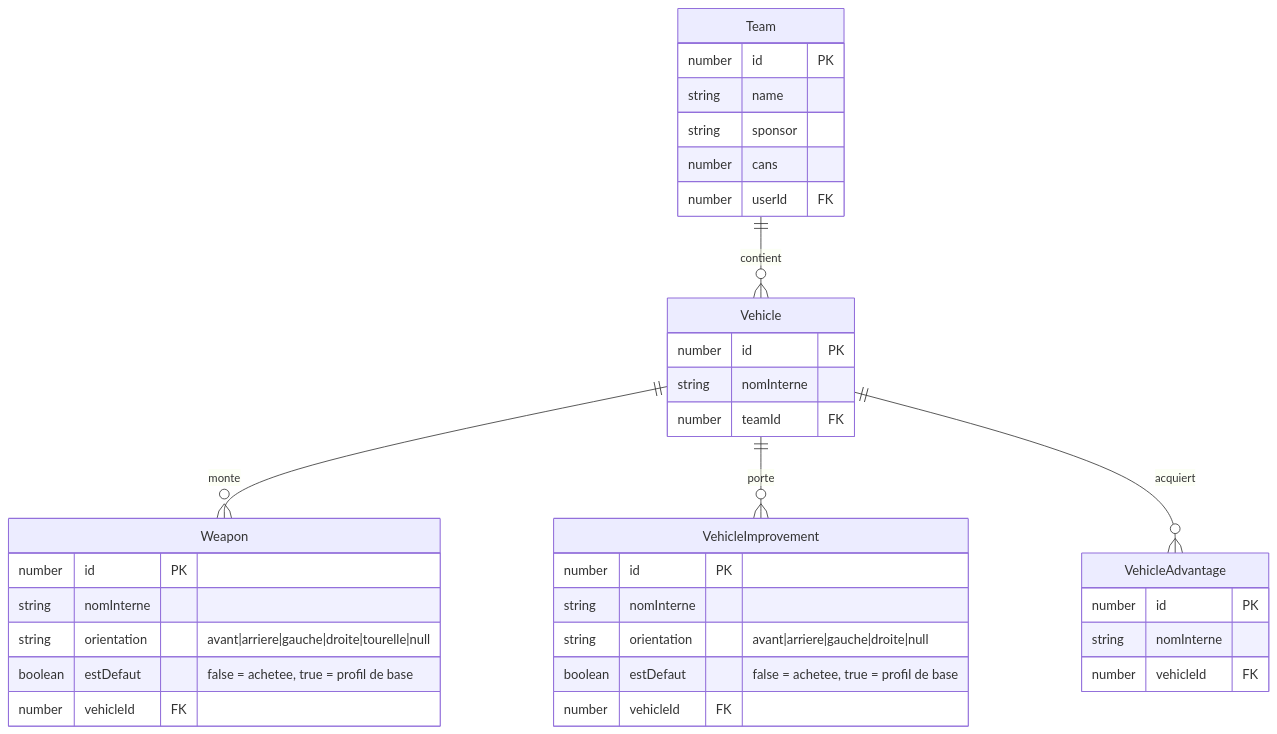
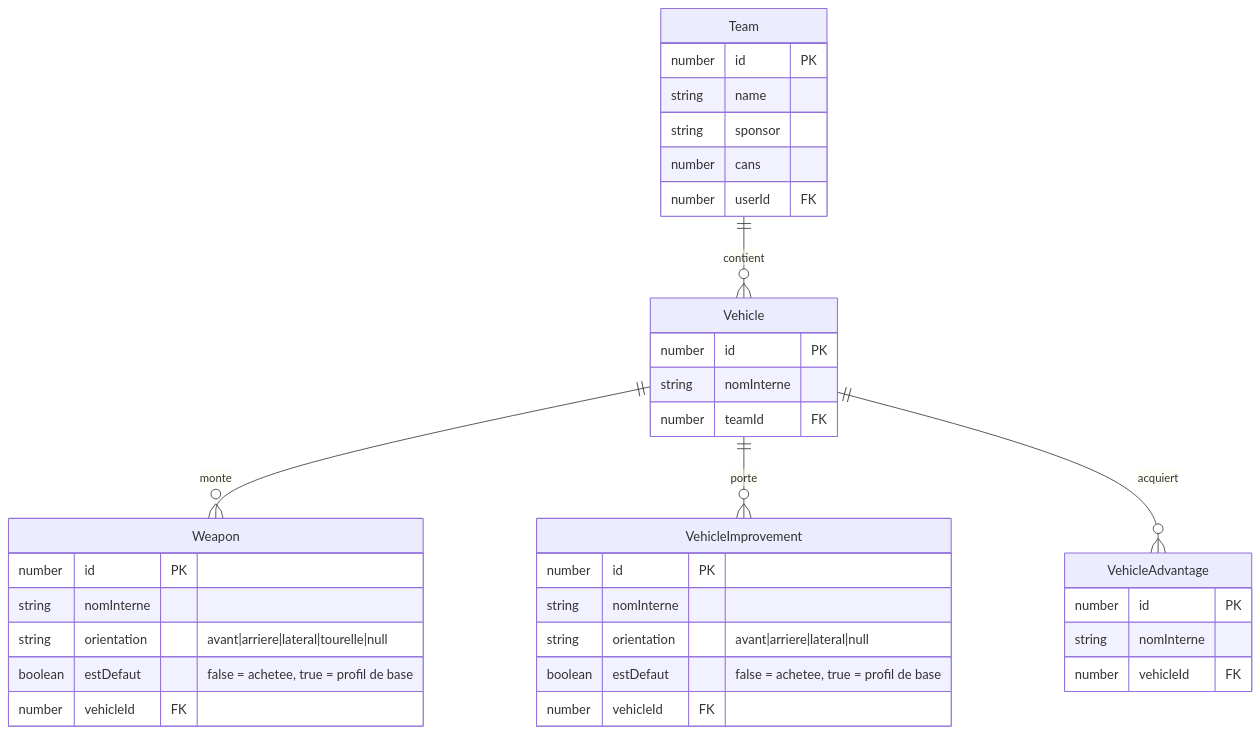
One commit to arnaudbracchetti/gaslands-manager changed the first of 7 diagrams in docs/VEHICLE_SYSTEM.md. Above: the diagram before and after it, drawn with Mermaid. The commit also changed other lines of this file and 16 other files, not shown here.

First line of the commit message:
refactor(vehicles): fusionne les orientations gauche/droite en une seule valeur latérale

````diff
--- a/docs/VEHICLE_SYSTEM.md
+++ b/docs/VEHICLE_SYSTEM.md
@@ -45,43 +45,43 @@
 ```mermaid
 erDiagram
     Team {
         number id PK
         string name
         string sponsor
         number cans
         number userId FK
     }
 
     Vehicle {
         number id PK
         string nomInterne
         number teamId FK
     }
 
     Weapon {
         number id PK
         string nomInterne
-        string orientation "avant|arriere|gauche|droite|tourelle|null"
+        string orientation "avant|arriere|lateral|tourelle|null"
         boolean estDefaut "false = achetee, true = profil de base"
         number vehicleId FK
     }
 
     VehicleImprovement {
         number id PK
         string nomInterne
-        string orientation "avant|arriere|gauche|droite|null"
+        string orientation "avant|arriere|lateral|null"
         boolean estDefaut "false = achetee, true = profil de base"
         number vehicleId FK
     }
 
     VehicleAdvantage {
         number id PK
         string nomInterne
         number vehicleId FK
     }
 
     Team ||--o{ Vehicle : "contient"
     Vehicle ||--o{ Weapon : "monte"
     Vehicle ||--o{ VehicleImprovement : "porte"
     Vehicle ||--o{ VehicleAdvantage : "acquiert"
 ```
````
